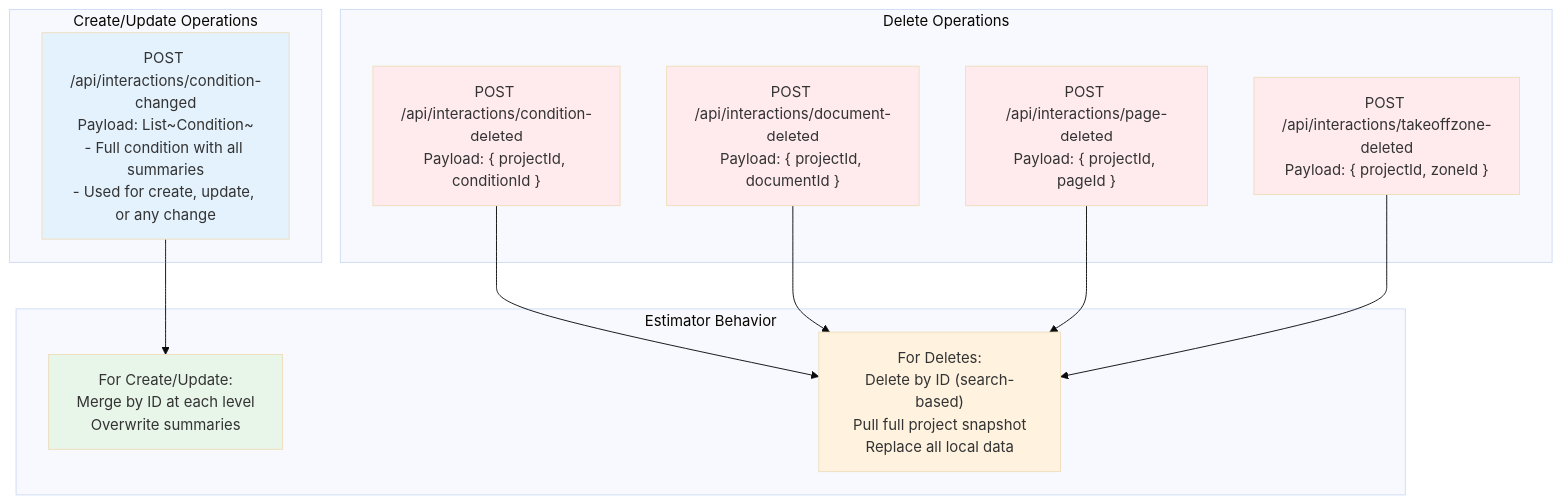
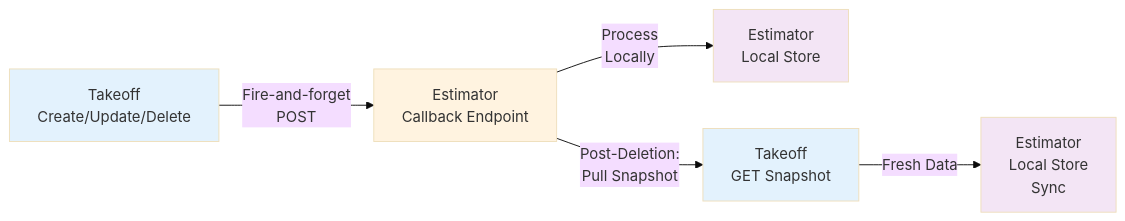
The seventh of 8 diagrams in docs/contract-diagrams.md (pkarabut-bw/embedded-integration), drawn with Mermaid (base theme) before and after one commit. The commit also changed other lines of this file and 1 other file, not shown here.

````diff
--- a/docs/contract-diagrams.md
+++ b/docs/contract-diagrams.md
@@ -279,32 +215,13 @@
 ```mermaid
-graph TB
-    subgraph CreateUpdate["Create/Update Operations"]
-        CU["POST /api/interactions/condition-changed<br/>Payload: List~Condition~<br/>- Full condition with all summaries<br/>- Used for create, update, or any change"]
-    end
+graph LR
+    A["Takeoff<br/>Create/Update/Delete"] -->|Fire-and-forget<br/>POST| B["Estimator<br/>Callback Endpoint"]
+    B -->|Process<br/>Locally| C["Estimator<br/>Local Store"]
+    B -->|Post-Deletion:<br/>Pull Snapshot| D["Takeoff<br/>GET Snapshot"]
+    D -->|Fresh Data| E["Estimator<br/>Local Store<br/>Sync"]
     
-    subgraph DeleteOps["Delete Operations"]
-        CD["POST /api/interactions/condition-deleted<br/>Payload: { projectId, conditionId }"]
-        DD["POST /api/interactions/document-deleted<br/>Payload: { projectId, documentId }"]
-        PD["POST /api/interactions/page-deleted<br/>Payload: { projectId, pageId }"]
-        ZD["POST /api/interactions/takeoffzone-deleted<br/>Payload: { projectId, zoneId }"]
-    end
-    
-    subgraph Behavior["Estimator Behavior"]
-        B1["For Create/Update:<br/>Merge by ID at each level<br/>Overwrite summaries"]
-        B2["For Deletes:<br/>Delete by ID (search-based)<br/>Pull full project snapshot<br/>Replace all local data"]
-    end
-    
-    CU --> B1
-    CD --> B2
-    DD --> B2
-    PD --> B2
-    ZD --> B2
-    
-    style CU fill:#e3f2fd
-    style CD fill:#ffebee
-    style DD fill:#ffebee
-    style PD fill:#ffebee
-    style ZD fill:#ffebee
-    style B1 fill:#e8f5e9
-    style B2 fill:#fff3e0
+    style A fill:#e3f2fd
+    style B fill:#fff3e0
+    style C fill:#f3e5f5
+    style D fill:#e3f2fd
+    style E fill:#f3e5f5
 ```
````
